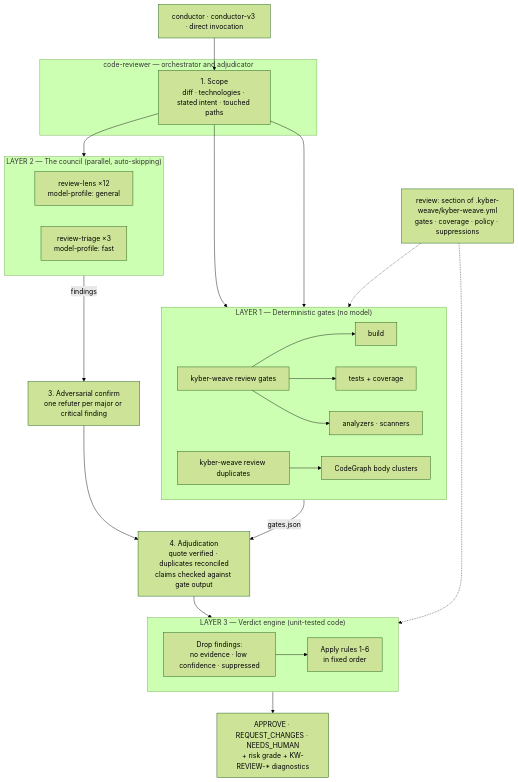
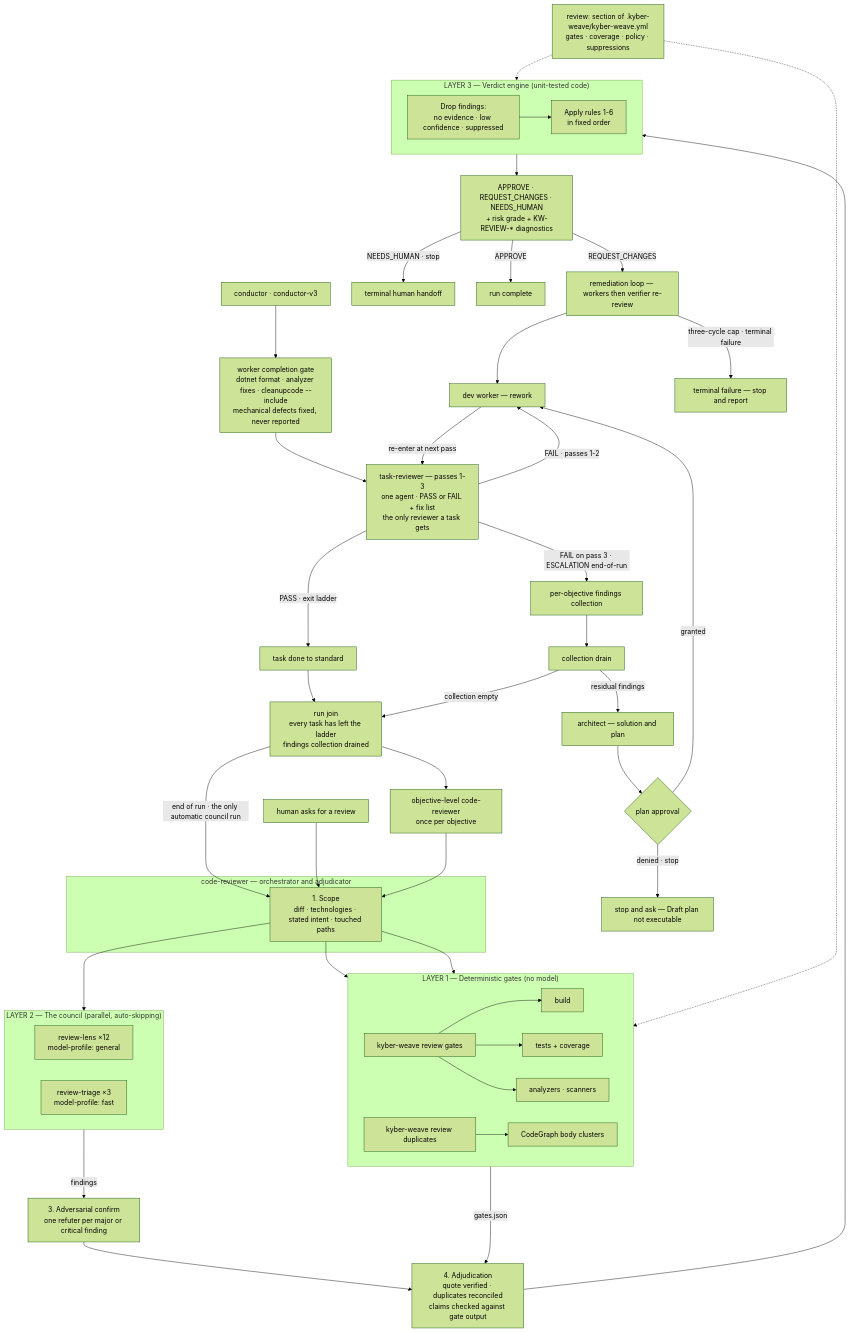
One commit to dpalfery/kyber-weave changed the first of 4 diagrams in docs/code-review/architecture.md. Above: the diagram before and after it, drawn with Mermaid (forest theme). The commit also changed other lines of this file and 56 other files, not shown here.

First line of the commit message:
feat(squad): deterministic fixes, task-reviewer for tasks, the council once per run (#43)

````diff
--- a/docs/code-review/architecture.md
+++ b/docs/code-review/architecture.md
@@ -39,41 +40,66 @@
 ```mermaid
 flowchart TD
     Cfg["review: section of .kyber-weave/kyber-weave.yml<br/>gates · coverage · policy · suppressions"]
-    Caller["conductor · conductor-v3 · direct invocation"] --> Scope
+    Machine["worker completion gate<br/>dotnet format · analyzer fixes · cleanupcode --include<br/>mechanical defects fixed, never reported"]
+    Caller["conductor · conductor-v3"] --> Machine
+    Machine --> Ladder
+    Worker["dev worker — rework"]
+    Ladder["task-reviewer — passes 1-3<br/>one agent · PASS or FAIL + fix list<br/>the only reviewer a task gets"]
+    Ladder -->|"PASS · exit ladder"| TaskDone["task done to standard"]
+    Ladder -->|"FAIL · passes 1-2"| Worker
+    Worker -->|"re-enter at next pass"| Ladder
+    Ladder -->|"FAIL on pass 3 · ESCALATION end-of-run"| Findings["per-objective findings collection"]
+    TaskDone --> Join["run join<br/>every task has left the ladder<br/>findings collection drained"]
+    Findings --> Drain["collection drain"]
+    Drain -->|"residual findings"| Architect["architect — solution and plan"]
+    Architect --> Approval{"plan approval"}
+    Approval -->|"granted"| Worker
+    Approval -->|"denied · stop"| PlanDenied["stop and ask — Draft plan not executable"]
+    Drain -->|"collection empty"| Join
+    Join -->|"end of run · the only automatic council run"| Scope
+    HumanAsk["human asks for a review"] --> Scope
 
     subgraph CR["code-reviewer — orchestrator and adjudicator"]
         Scope["1. Scope<br/>diff · technologies · stated intent · touched paths"]
     end
 
     Scope --> GR
     Scope --> DG
     Scope --> Council
 
     subgraph Gates["LAYER 1 — Deterministic gates (no model)"]
         direction LR
         GR["kyber-weave review gates"] --> G1["build"] & G2["tests + coverage"] & G3["analyzers · scanners"]
         DG["kyber-weave review duplicates"] --> G4["CodeGraph body clusters"]
     end
 
     subgraph Council["LAYER 2 — The council (parallel, auto-skipping)"]
         direction LR
         RL["review-lens ×12<br/>model-profile: general"]
         RT["review-triage ×3<br/>model-profile: fast"]
     end
 
     Council -->|"findings"| Confirm["3. Adversarial confirm<br/>one refuter per major or critical finding"]
     Confirm --> Adjudicate
     Gates -->|"gates.json"| Adjudicate
 
     Adjudicate["4. Adjudication<br/>quote verified · duplicates reconciled<br/>claims checked against gate output"] --> VE
 
     subgraph VE["LAYER 3 — Verdict engine (unit-tested code)"]
         direction LR
         Drop["Drop findings:<br/>no evidence · low confidence · suppressed"] --> Rules["Apply rules 1-6<br/>in fixed order"]
     end
 
     VE --> Out["APPROVE · REQUEST_CHANGES · NEEDS_HUMAN<br/>+ risk grade + KW-REVIEW-* diagnostics"]
 
+    Out -->|"NEEDS_HUMAN · stop"| Human["terminal human handoff"]
+    Out -->|"APPROVE"| RunComplete["run complete"]
+    Out -->|"REQUEST_CHANGES"| ObjRemed["remediation loop — workers then verifier re-review"]
+    ObjRemed --> Worker
+    ObjRemed -->|"three-cycle cap · terminal failure"| ObjFailed["terminal failure — stop and report"]
+    Join --> ObjReview["objective-level code-reviewer<br/>once per objective"]
+    ObjReview --> Scope
+
     Cfg -.-> Gates
     Cfg -.-> VE
 ```
````
